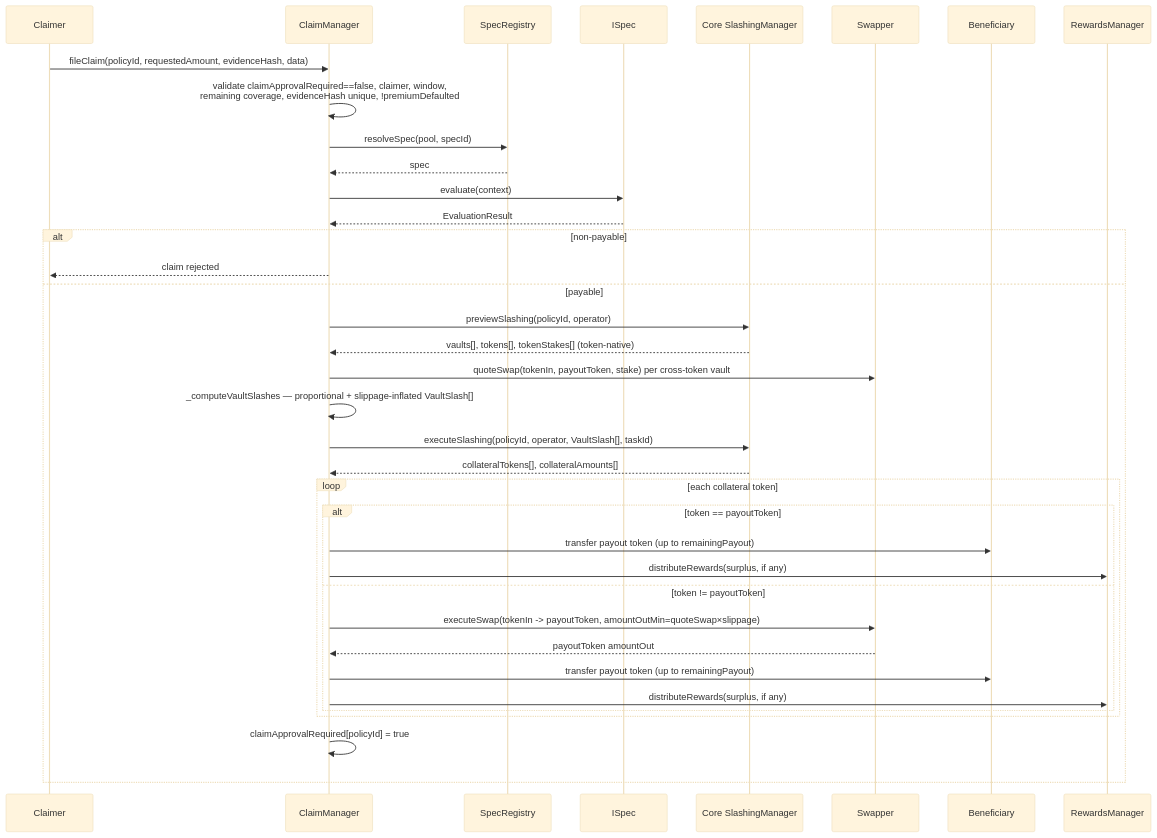
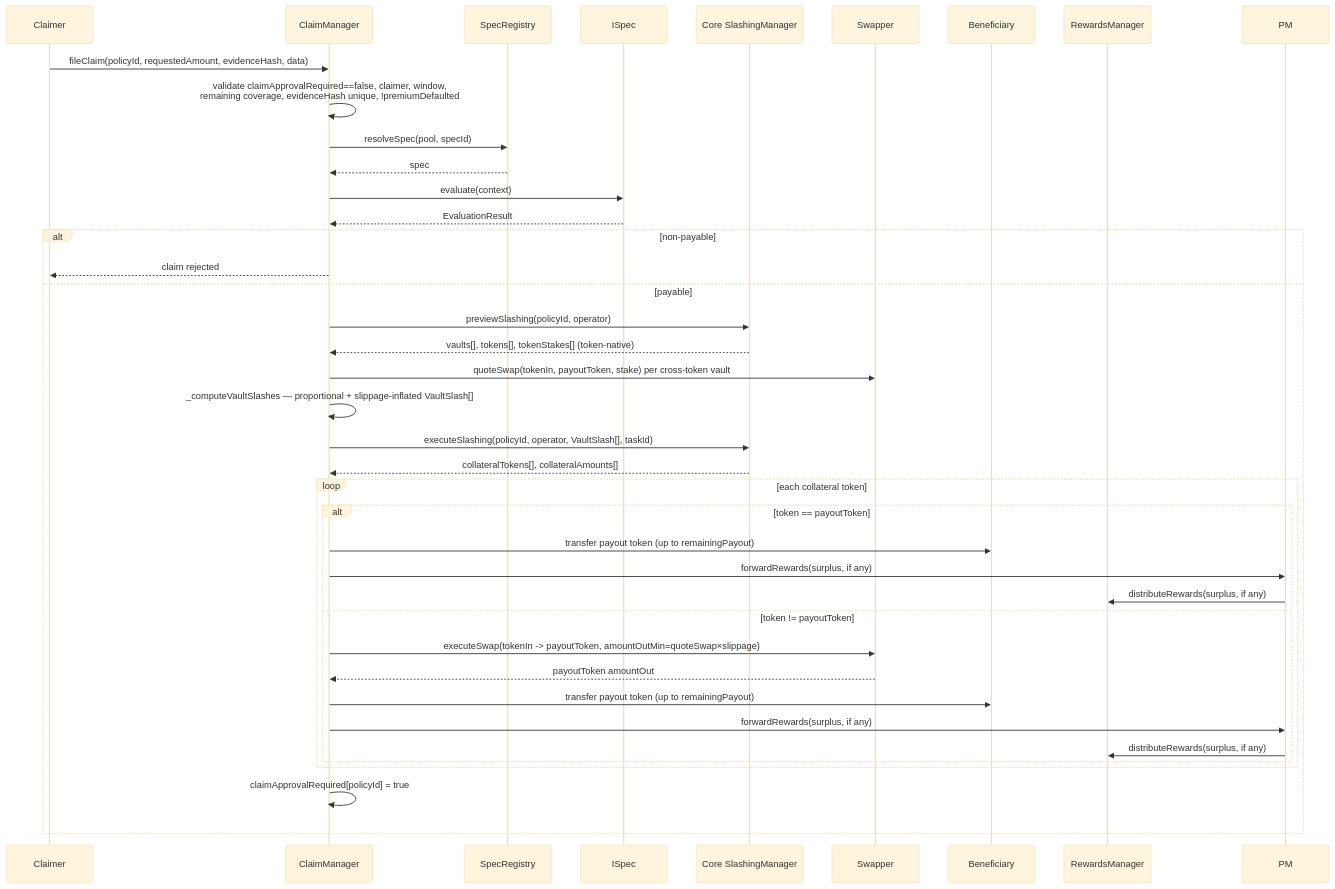
One commit to 0xcatalysis/coverage changed the third of 5 diagrams in docs/architecture/06-premiums-claims.md. Above: the diagram before and after it, drawn with Mermaid (base theme). The commit also changed other lines of this file and 2 other files, not shown here.

Commit message:
doc: update architecture documentation

````diff
--- a/docs/architecture/06-premiums-claims.md
+++ b/docs/architecture/06-premiums-claims.md
@@ -110,41 +110,43 @@
 ```mermaid
 sequenceDiagram
     participant Claimer
     participant CM as ClaimManager
     participant SR as SpecRegistry
     participant Spec as ISpec
     participant SLM as Core SlashingManager
     participant SW as Swapper
     participant Beneficiary
     participant RM as RewardsManager
 
     Claimer->>CM: fileClaim(policyId, requestedAmount, evidenceHash, data)
     CM->>CM: validate claimApprovalRequired==false, claimer, window,<br/>remaining coverage, evidenceHash unique, !premiumDefaulted
     CM->>SR: resolveSpec(pool, specId)
     SR-->>CM: spec
     CM->>Spec: evaluate(context)
     Spec-->>CM: EvaluationResult
 
     alt non-payable
         CM-->>Claimer: claim rejected
     else payable
         CM->>SLM: previewSlashing(policyId, operator)
         SLM-->>CM: vaults[], tokens[], tokenStakes[] (token-native)
         CM->>SW: quoteSwap(tokenIn, payoutToken, stake) per cross-token vault
         CM->>CM: _computeVaultSlashes — proportional + slippage-inflated VaultSlash[]
         CM->>SLM: executeSlashing(policyId, operator, VaultSlash[], taskId)
         SLM-->>CM: collateralTokens[], collateralAmounts[]
         loop each collateral token
             alt token == payoutToken
                 CM->>Beneficiary: transfer payout token (up to remainingPayout)
-                CM->>RM: distributeRewards(surplus, if any)
+                CM->>PM: forwardRewards(surplus, if any)
+                PM->>RM: distributeRewards(surplus, if any)
             else token != payoutToken
                 CM->>SW: executeSwap(tokenIn -> payoutToken, amountOutMin=quoteSwap×slippage)
                 SW-->>CM: payoutToken amountOut
                 CM->>Beneficiary: transfer payout token (up to remainingPayout)
-                CM->>RM: distributeRewards(surplus, if any)
+                CM->>PM: forwardRewards(surplus, if any)
+                PM->>RM: distributeRewards(surplus, if any)
             end
         end
         CM->>CM: claimApprovalRequired[policyId] = true
     end
 ```
````
